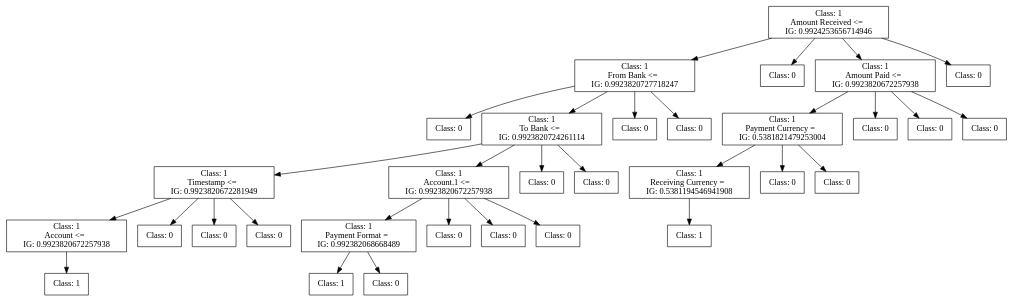
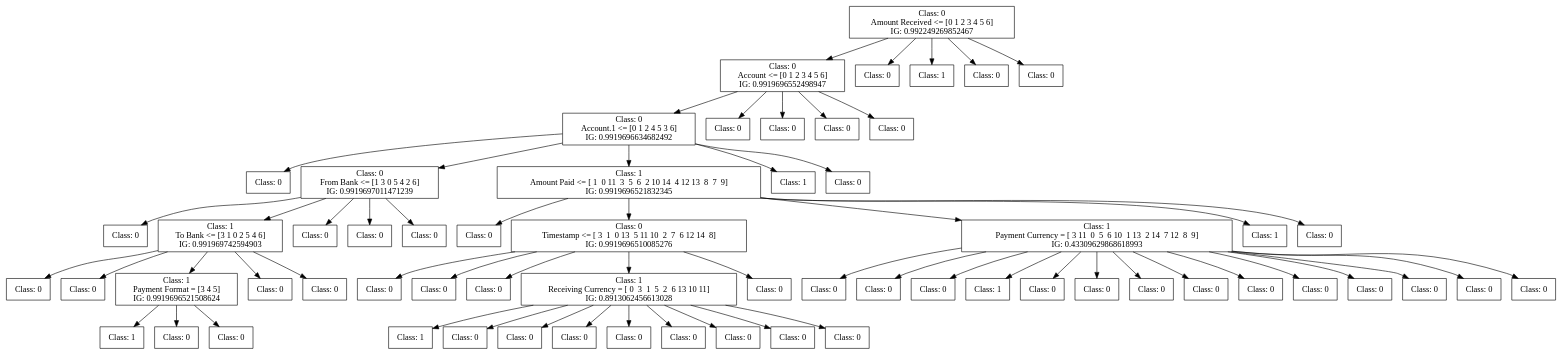
The diagram in tree-id3.dot (FedericoBruzzone/anti-money-laundering), drawn with Graphviz before and after one commit. The commit also changed 9 other files, not shown here.

```diff
--- a/tree-id3.dot
+++ b/tree-id3.dot
@@ -1,109 +1,199 @@
 digraph DecisionTree {
 	rankdir=TD;
 	node [shape=box];
-	140126978614096 [label="Class: 1
-Amount Received <=  
-IG: 0.9924253656714946"];
-	140126978871872 [label="Class: 1
-From Bank <=  
-IG: 0.9923820727718247"];
-	140126978614096 -> 140126978871872;
-	140126978621008 [label="Class: 0
+	140155716988224 [label="Class: 0
+Amount Received <= [0 1 2 3 4 5 6]
+IG: 0.992249269852467"];
+	140155678826768 [label="Class: 0
+Account <= [0 1 2 3 4 5 6]
+IG: 0.9919696552498947"];
+	140155716988224 -> 140155678826768;
+	140155678833776 [label="Class: 0
+Account.1 <= [0 1 2 4 5 3 6]
+IG: 0.9919696634682492"];
+	140155678826768 -> 140155678833776;
+	140154644297856 [label="Class: 0
 "];
-	140126978871872 -> 140126978621008;
-	140126978997312 [label="Class: 1
-To Bank <=  
-IG: 0.9923820724261114"];
-	140126978871872 -> 140126978997312;
-	140126978617840 [label="Class: 1
-Timestamp <=  
-IG: 0.9923820672281949"];
-	140126978997312 -> 140126978617840;
-	140126978867600 [label="Class: 1
-Account <=  
-IG: 0.9923820672257938"];
-	140126978617840 -> 140126978867600;
-	140126978995776 [label="Class: 1
+	140155678833776 -> 140154644297856;
+	140154644297376 [label="Class: 0
+From Bank <= [1 3 0 5 4 2 6]
+IG: 0.9919697011471239"];
+	140155678833776 -> 140154644297376;
+	140154585505824 [label="Class: 0
 "];
-	140126978867600 -> 140126978995776;
-	140126949501024 [label="Class: 0
+	140154644297376 -> 140154585505824;
+	140154585505344 [label="Class: 1
+To Bank <= [3 1 0 2 5 4 6]
+IG: 0.991969742594903"];
+	140154644297376 -> 140154585505344;
+	140154585513600 [label="Class: 0
 "];
-	140126978617840 -> 140126949501024;
-	140126949502944 [label="Class: 0
+	140154585505344 -> 140154585513600;
+	140154585509328 [label="Class: 0
 "];
-	140126978617840 -> 140126949502944;
-	140126949498864 [label="Class: 0
+	140154585505344 -> 140154585509328;
+	140154585513792 [label="Class: 1
+Payment Format = [3 4 5]
+IG: 0.9919696521508624"];
+	140154585505344 -> 140154585513792;
+	140154585940368 [label="Class: 1
 "];
-	140126978617840 -> 140126949498864;
-	140126949497856 [label="Class: 1
-Account.1 <=  
-IG: 0.9923820672257938"];
-	140126978997312 -> 140126949497856;
-	140126978996976 [label="Class: 1
-Payment Format =  
-IG: 0.992382068668489"];
-	140126949497856 -> 140126978996976;
-	140126978996400 [label="Class: 1
+	140154585513792 -> 140154585940368;
+	140154585942432 [label="Class: 0
 "];
-	140126978996976 -> 140126978996400;
-	140126939466192 [label="Class: 0
+	140154585513792 -> 140154585942432;
+	140154585942864 [label="Class: 0
 "];
-	140126978996976 -> 140126939466192;
-	140126949504528 [label="Class: 0
+	140154585513792 -> 140154585942864;
+	140154585512688 [label="Class: 0
 "];
-	140126949497856 -> 140126949504528;
-	140126949504000 [label="Class: 0
+	140154585505344 -> 140154585512688;
+	140154585512832 [label="Class: 0
 "];
-	140126949497856 -> 140126949504000;
-	140126949504576 [label="Class: 0
+	140154585505344 -> 140154585512832;
+	140154585502368 [label="Class: 0
 "];
-	140126949497856 -> 140126949504576;
-	140126949495744 [label="Class: 0
+	140154644297376 -> 140154585502368;
+	140154585504624 [label="Class: 0
 "];
-	140126978997312 -> 140126949495744;
-	140126949497760 [label="Class: 0
+	140154644297376 -> 140154585504624;
+	140154585502752 [label="Class: 0
 "];
-	140126978997312 -> 140126949497760;
-	140126978995824 [label="Class: 0
+	140154644297376 -> 140154585502752;
+	140154644294928 [label="Class: 1
+Amount Paid <= [ 1  0 11  3  5  6  2 10 14  4 12 13  8  7  9]
+IG: 0.9919696521832345"];
+	140155678833776 -> 140154644294928;
+	140154585950976 [label="Class: 0
 "];
-	140126978871872 -> 140126978995824;
-	140126978996544 [label="Class: 0
+	140154644294928 -> 140154585950976;
+	140154585950496 [label="Class: 0
+Timestamp <= [ 3  1  0 13  5 11 10  2  7  6 12 14  8]
+IG: 0.9919696510085276"];
+	140154644294928 -> 140154585950496;
+	140154585955776 [label="Class: 0
 "];
-	140126978871872 -> 140126978996544;
-	140126978988000 [label="Class: 0
+	140154585950496 -> 140154585955776;
+	140154585955680 [label="Class: 0
 "];
-	140126978614096 -> 140126978988000;
-	140126978992032 [label="Class: 1
-Amount Paid <=  
-IG: 0.9923820672257938"];
-	140126978614096 -> 140126978992032;
-	140126949506640 [label="Class: 1
-Payment Currency =  
-IG: 0.5381821479253004"];
-	140126978992032 -> 140126949506640;
-	140126978992320 [label="Class: 1
-Receiving Currency =  
-IG: 0.5381194546941908"];
-	140126949506640 -> 140126978992320;
-	140126978989248 [label="Class: 1
+	140154585950496 -> 140154585955680;
+	140154585956112 [label="Class: 0
 "];
-	140126978992320 -> 140126978989248;
-	140126939473968 [label="Class: 0
+	140154585950496 -> 140154585956112;
+	140154585954528 [label="Class: 1
+Receiving Currency = [ 0  3  1  5  2  6 13 10 11]
+IG: 0.8913062456613028"];
+	140154585950496 -> 140154585954528;
+	140154584321232 [label="Class: 1
 "];
-	140126949506640 -> 140126939473968;
-	140126939475312 [label="Class: 0
+	140154585954528 -> 140154584321232;
+	140154584322000 [label="Class: 0
 "];
-	140126949506640 -> 140126939475312;
-	140126939470896 [label="Class: 0
+	140154585954528 -> 140154584322000;
+	140154584319840 [label="Class: 0
 "];
-	140126978992032 -> 140126939470896;
-	140126939473152 [label="Class: 0
+	140154585954528 -> 140154584319840;
+	140154584321616 [label="Class: 0
 "];
-	140126978992032 -> 140126939473152;
-	140126939471664 [label="Class: 0
+	140154585954528 -> 140154584321616;
+	140154584321568 [label="Class: 0
 "];
-	140126978992032 -> 140126939471664;
-	140126978990928 [label="Class: 0
+	140154585954528 -> 140154584321568;
+	140154584321424 [label="Class: 0
 "];
-	140126978614096 -> 140126978990928;
+	140154585954528 -> 140154584321424;
+	140154584319936 [label="Class: 0
+"];
+	140154585954528 -> 140154584319936;
+	140154584322816 [label="Class: 0
+"];
+	140154585954528 -> 140154584322816;
+	140154584322144 [label="Class: 0
+"];
+	140154585954528 -> 140154584322144;
+	140154585951792 [label="Class: 0
+"];
+	140154585950496 -> 140154585951792;
+	140154585946512 [label="Class: 1
+Payment Currency = [ 3 11  0  5  6 10  1 13  2 14  7 12  8  9]
+IG: 0.43309629868618993"];
+	140154644294928 -> 140154585946512;
+	140154584325984 [label="Class: 0
+"];
+	140154585946512 -> 140154584325984;
+	140154584326080 [label="Class: 0
+"];
+	140154585946512 -> 140154584326080;
+	140154584322096 [label="Class: 0
+"];
+	140154585946512 -> 140154584322096;
+	140154584325216 [label="Class: 1
+"];
+	140154585946512 -> 140154584325216;
+	140154584325600 [label="Class: 0
+"];
+	140154585946512 -> 140154584325600;
+	140154584325408 [label="Class: 0
+"];
+	140154585946512 -> 140154584325408;
+	140154584326464 [label="Class: 0
+"];
+	140154585946512 -> 140154584326464;
+	140154584326512 [label="Class: 0
+"];
+	140154585946512 -> 140154584326512;
+	140154584322768 [label="Class: 0
+"];
+	140154585946512 -> 140154584322768;
+	140154584326560 [label="Class: 0
+"];
+	140154585946512 -> 140154584326560;
+	140154584326704 [label="Class: 0
+"];
+	140154585946512 -> 140154584326704;
+	140154584326848 [label="Class: 0
+"];
+	140154585946512 -> 140154584326848;
+	140154584326992 [label="Class: 0
+"];
+	140154585946512 -> 140154584326992;
+	140154584327136 [label="Class: 0
+"];
+	140154585946512 -> 140154584327136;
+	140154585950592 [label="Class: 1
+"];
+	140154644294928 -> 140154585950592;
+	140154585950352 [label="Class: 0
+"];
+	140154644294928 -> 140154585950352;
+	140154644297472 [label="Class: 1
+"];
+	140155678833776 -> 140154644297472;
+	140154644297232 [label="Class: 0
+"];
+	140155678833776 -> 140154644297232;
+	140155678827488 [label="Class: 0
+"];
+	140155678826768 -> 140155678827488;
+	140155678832816 [label="Class: 0
+"];
+	140155678826768 -> 140155678832816;
+	140155678833920 [label="Class: 0
+"];
+	140155678826768 -> 140155678833920;
+	140155678833200 [label="Class: 0
+"];
+	140155678826768 -> 140155678833200;
+	140155678826480 [label="Class: 0
+"];
+	140155716988224 -> 140155678826480;
+	140155678824896 [label="Class: 1
+"];
+	140155716988224 -> 140155678824896;
+	140155678826336 [label="Class: 0
+"];
+	140155716988224 -> 140155678826336;
+	140155678825088 [label="Class: 0
+"];
+	140155716988224 -> 140155678825088;
 }
```
